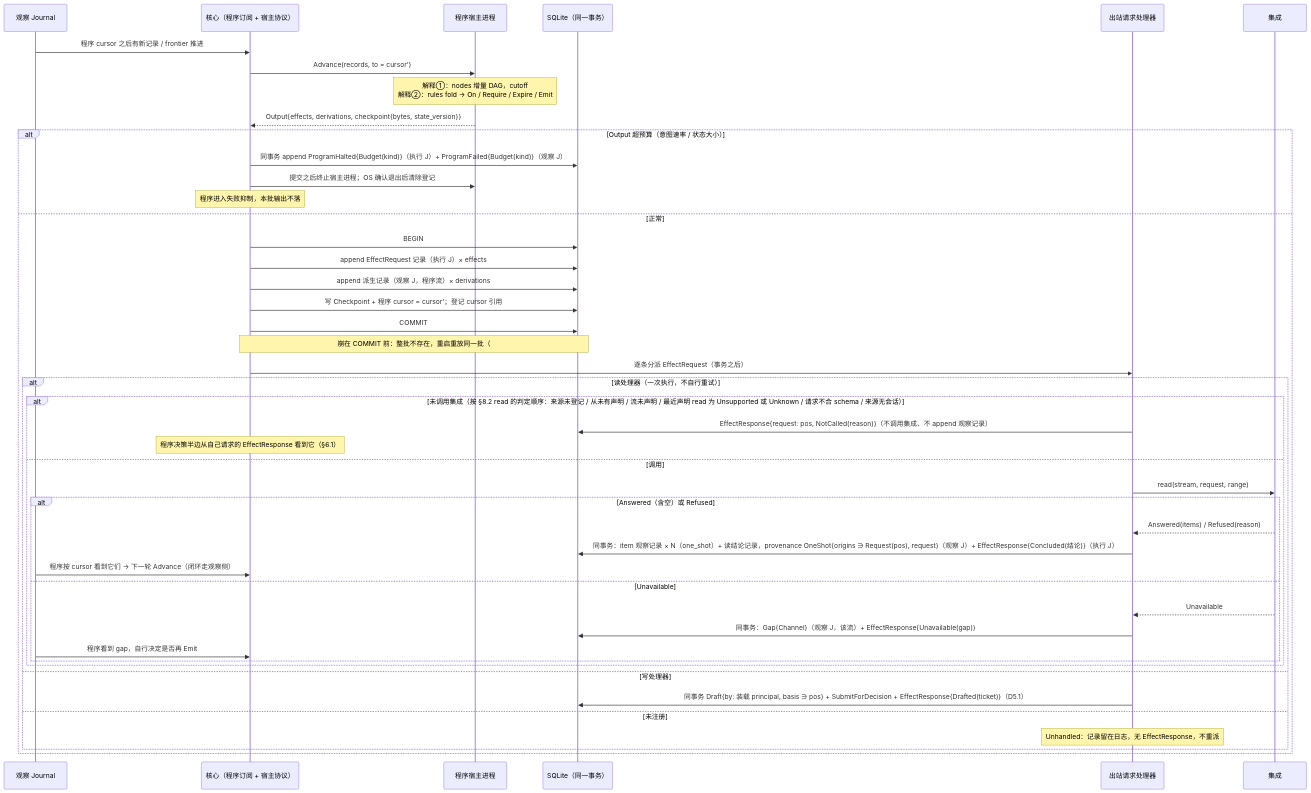
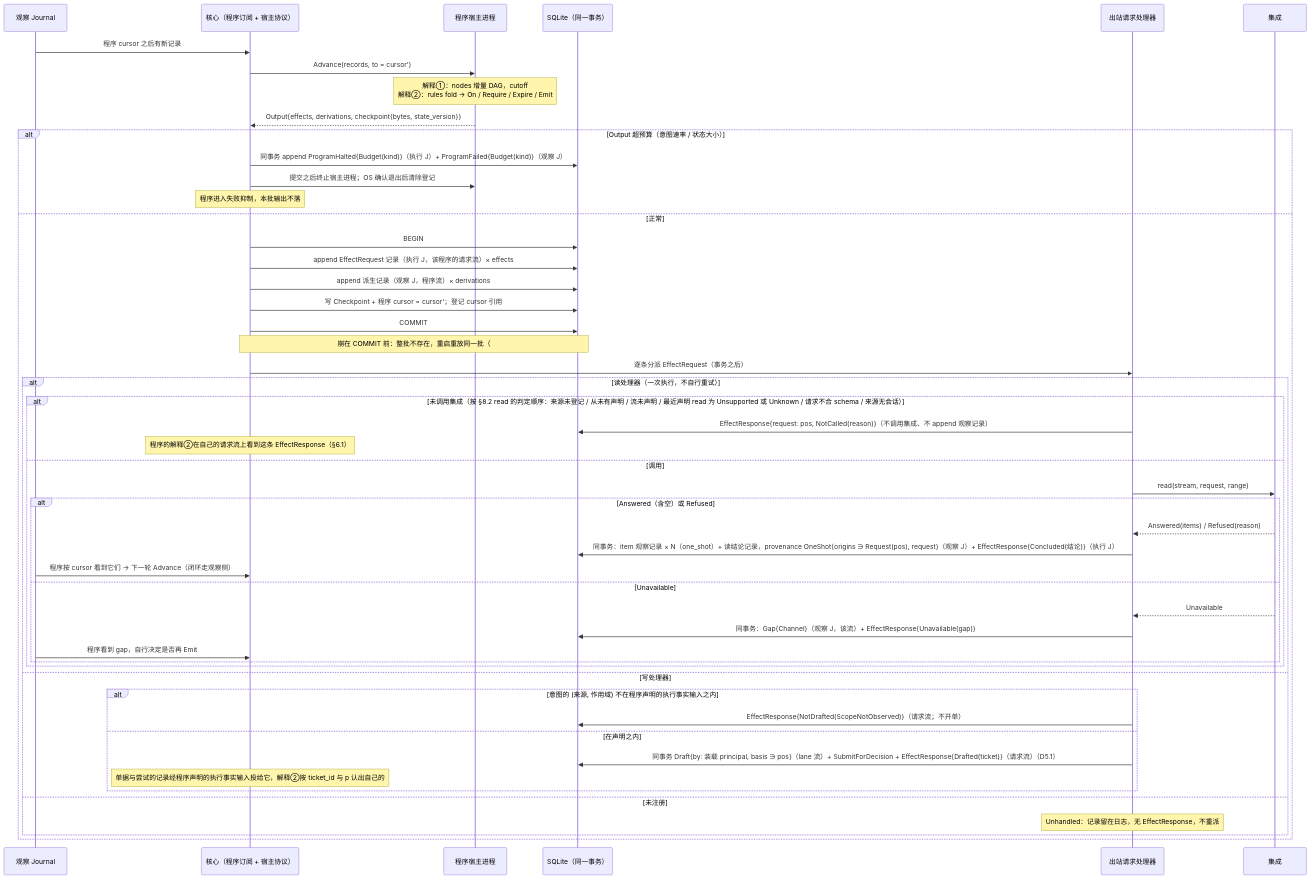
Before and after one commit to mouriya-s-lab/uta: the first of 3 diagrams in design/diagrams/04-program-host.md, drawn with Mermaid. The commit also changed other lines of this file and 19 other files, not shown here.

Commit message:
design: round-5 integration — program request streams and declared execution-fact inputs, retired-source history readable via delivery-only and execution-fact items, glossary and diagrams aligned, §10 renumbered

````diff
--- a/design/diagrams/04-program-host.md
+++ b/design/diagrams/04-program-host.md
@@ -9,47 +9,52 @@
 ```mermaid
 sequenceDiagram
   participant J as 观察 Journal
   participant C as 核心（程序订阅 + 宿主协议）
   participant H as 程序宿主进程
   participant DB as SQLite（同一事务）
   participant O as 出站请求处理器
   participant I as 集成
-  J->>C: 程序 cursor 之后有新记录 / frontier 推进
+  J->>C: 程序 cursor 之后有新记录
   C->>H: Advance(records, to = cursor')
   Note over H: 解释①：nodes 增量 DAG，cutoff<br/>解释②：rules fold → On / Require / Expire / Emit
   H-->>C: Output{effects, derivations, checkpoint{bytes, state_version}}
   alt Output 超预算（意图速率 / 状态大小）
     C->>DB: 同事务 append ProgramHalted{Budget(kind)}（执行 J）+ ProgramFailed{Budget(kind)}（观察 J）
     C->>H: 提交之后终止宿主进程；OS 确认退出后清除登记
     Note over C: 程序进入失败抑制，本批输出不落
   else 正常
     C->>DB: BEGIN
-    C->>DB: append EffectRequest 记录（执行 J）× effects
+    C->>DB: append EffectRequest 记录（执行 J，该程序的请求流）× effects
     C->>DB: append 派生记录（观察 J，程序流）× derivations
     C->>DB: 写 Checkpoint + 程序 cursor = cursor'；登记 cursor 引用
     C->>DB: COMMIT
     Note over C,DB: 崩在 COMMIT 前：整批不存在，重启重放同一批（#16）
     C->>O: 逐条分派 EffectRequest（事务之后）
     alt 读处理器（一次执行，不自行重试）
       alt 未调用集成（按 §8.2 read 的判定顺序：来源未登记 / 从未有声明 / 流未声明 / 最近声明 read 为 Unsupported 或 Unknown / 请求不合 schema / 来源无会话）
         O->>DB: EffectResponse{request: pos, NotCalled(reason)}（不调用集成、不 append 观察记录）
-        Note over C: 程序决策半边从自己请求的 EffectResponse 看到它（§6.1）
+        Note over C: 程序的解释②在自己的请求流上看到这条 EffectResponse（§6.1）
       else 调用
         O->>I: read(stream, request, range)
         alt Answered（含空）或 Refused
           I-->>O: Answered(items) / Refused(reason)
           O->>DB: 同事务：item 观察记录 × N（one_shot）+ 读结论记录，provenance OneShot{origins ∋ Request(pos), request}（观察 J）+ EffectResponse{Concluded(结论)}（执行 J）
           J->>C: 程序按 cursor 看到它们 → 下一轮 Advance（闭环走观察侧）
         else Unavailable
           I-->>O: Unavailable
           O->>DB: 同事务：Gap{Channel}（观察 J，该流）+ EffectResponse{Unavailable(gap)}
           J->>C: 程序看到 gap，自行决定是否再 Emit
         end
       end
     else 写处理器
-      O->>DB: 同事务 Draft{by: 装载 principal, basis ∋ pos} + SubmitForDecision + EffectResponse{Drafted(ticket)}（D5.1）
+      alt 意图的 (来源, 作用域) 不在程序声明的执行事实输入之内
+        O->>DB: EffectResponse{NotDrafted(ScopeNotObserved)}（请求流；不开单）
+      else 在声明之内
+        O->>DB: 同事务 Draft{by: 装载 principal, basis ∋ pos}（lane 流）+ SubmitForDecision + EffectResponse{Drafted(ticket)}（请求流）（D5.1）
+        Note over C: 单据与尝试的记录经程序声明的执行事实输入投给它，解释②按 ticket_id 与 p 认出自己的
+      end
     else 未注册
       Note over O: Unhandled：记录留在日志，无 EffectResponse，不重派
     end
   end
 ```
````
